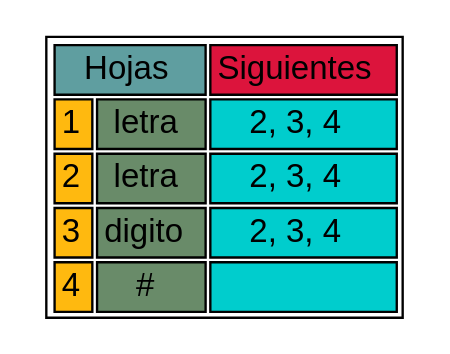
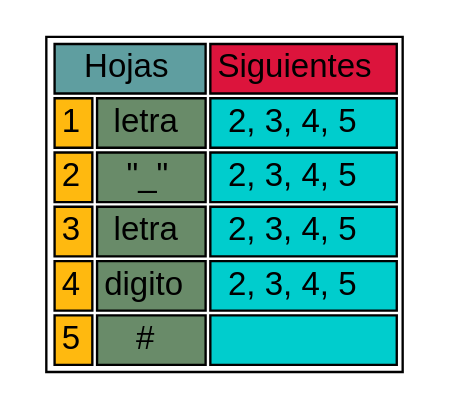
One commit to JulioFernandez99/Proyecto1_Compi1_201902416 changed the diagram in bin/Graficos/Grafico siguientes/Expresionregular1.dot. Above: the diagram before and after it, drawn with Graphviz. The commit also changed 90 other files, not shown here.

```diff
--- a/bin/Graficos/Grafico siguientes/Expresionregular1.dot
+++ b/bin/Graficos/Grafico siguientes/Expresionregular1.dot
@@ -1,7 +1,7 @@
 digraph {
   node [ shape=none fontname=Helvetica ]
  n1 [ label = <
 <table>
 <tr><td colspan="2" bgcolor="cadetblue">Hojas</td><td colspan="1" bgcolor="crimson">Siguientes</td></tr>
-<tr><td bgcolor="darkgoldenrod1">1</td><td bgcolor="darkseagreen4">letra</td><td bgcolor="cyan3">2, 3, 4</td></tr><tr><td bgcolor="darkgoldenrod1">2</td><td bgcolor="darkseagreen4">letra</td><td bgcolor="cyan3">2, 3, 4</td></tr><tr><td bgcolor="darkgoldenrod1">3</td><td bgcolor="darkseagreen4">digito</td><td bgcolor="cyan3">2, 3, 4</td></tr><tr><td bgcolor="darkgoldenrod1">4</td><td bgcolor="darkseagreen4">#</td><td bgcolor="cyan3"></td></tr> </table>>]
+<tr><td bgcolor="darkgoldenrod1">1</td><td bgcolor="darkseagreen4">letra</td><td bgcolor="cyan3">2, 3, 4, 5</td></tr><tr><td bgcolor="darkgoldenrod1">2</td><td bgcolor="darkseagreen4">"_"</td><td bgcolor="cyan3">2, 3, 4, 5</td></tr><tr><td bgcolor="darkgoldenrod1">3</td><td bgcolor="darkseagreen4">letra</td><td bgcolor="cyan3">2, 3, 4, 5</td></tr><tr><td bgcolor="darkgoldenrod1">4</td><td bgcolor="darkseagreen4">digito</td><td bgcolor="cyan3">2, 3, 4, 5</td></tr><tr><td bgcolor="darkgoldenrod1">5</td><td bgcolor="darkseagreen4">#</td><td bgcolor="cyan3"></td></tr> </table>>]
 }
```
